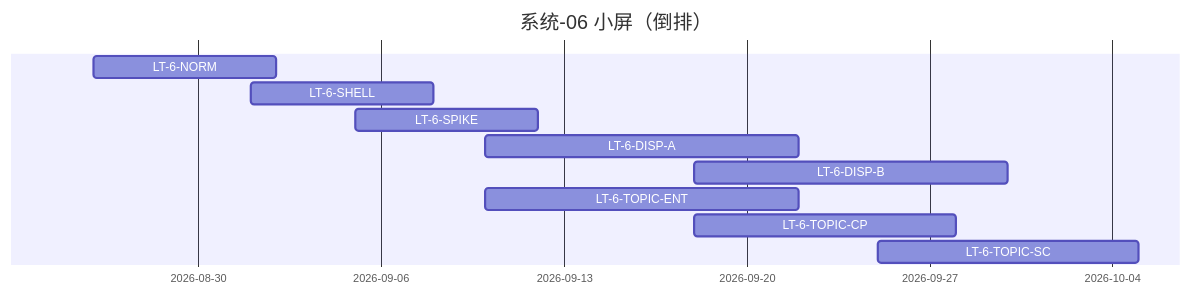
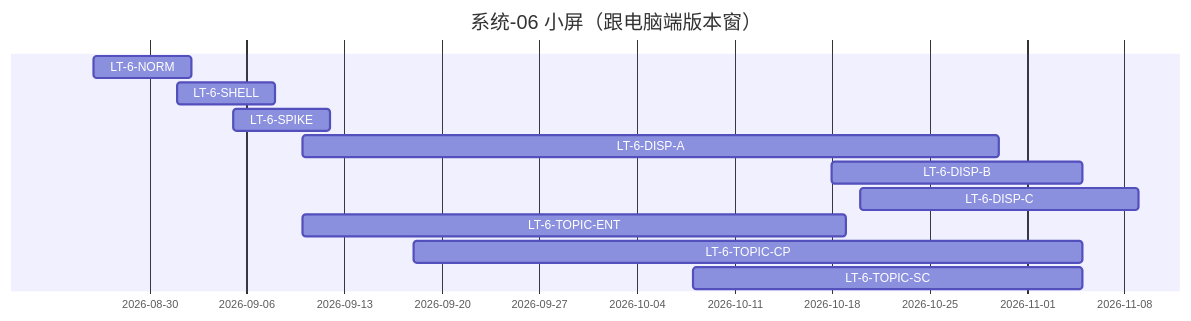
One commit to Marisolebxf/- changed the diagram in agent-delivery/工程过程/02-策划与监控/02-智树工作计划/02-进度/系统-06-多端小屏.md. Above: the diagram before and after it, drawn with Mermaid. The commit also changed other lines of this file and 17 other files, not shown here.

````diff
--- a/agent-delivery/工程过程/02-策划与监控/02-智树工作计划/02-进度/系统-06-多端小屏.md
+++ b/agent-delivery/工程过程/02-策划与监控/02-智树工作计划/02-进度/系统-06-多端小屏.md
@@ -25,20 +26,21 @@
 ```mermaid
 ---
 config:
   gantt:
     useMaxWidth: true
   themeVariables:
     fontSize: 14px
 ---
 gantt
-    title 系统-06 小屏（倒排）
+    title 系统-06 小屏（跟电脑端版本窗）
     dateFormat YYYY-MM-DD
     LT-6-NORM      :n, 2026-08-26, 2026-09-02
     LT-6-SHELL     :s, 2026-09-01, 2026-09-08
     LT-6-SPIKE     :k, 2026-09-05, 2026-09-12
-    LT-6-DISP-A    :da, 2026-09-10, 2026-09-22
-    LT-6-DISP-B    :db, 2026-09-18, 2026-09-30
-    LT-6-TOPIC-ENT :te, 2026-09-10, 2026-09-22
-    LT-6-TOPIC-CP  :tc, 2026-09-18, 2026-09-28
-    LT-6-TOPIC-SC  :ts, 2026-09-25, 2026-10-05
+    LT-6-DISP-A    :da, 2026-09-10, 2026-10-30
+    LT-6-DISP-B    :db, 2026-10-18, 2026-11-05
+    LT-6-DISP-C    :dc, 2026-10-20, 2026-11-09
+    LT-6-TOPIC-ENT :te, 2026-09-10, 2026-10-19
+    LT-6-TOPIC-CP  :tc, 2026-09-18, 2026-11-05
+    LT-6-TOPIC-SC  :ts, 2026-10-08, 2026-11-05
 ```
````
